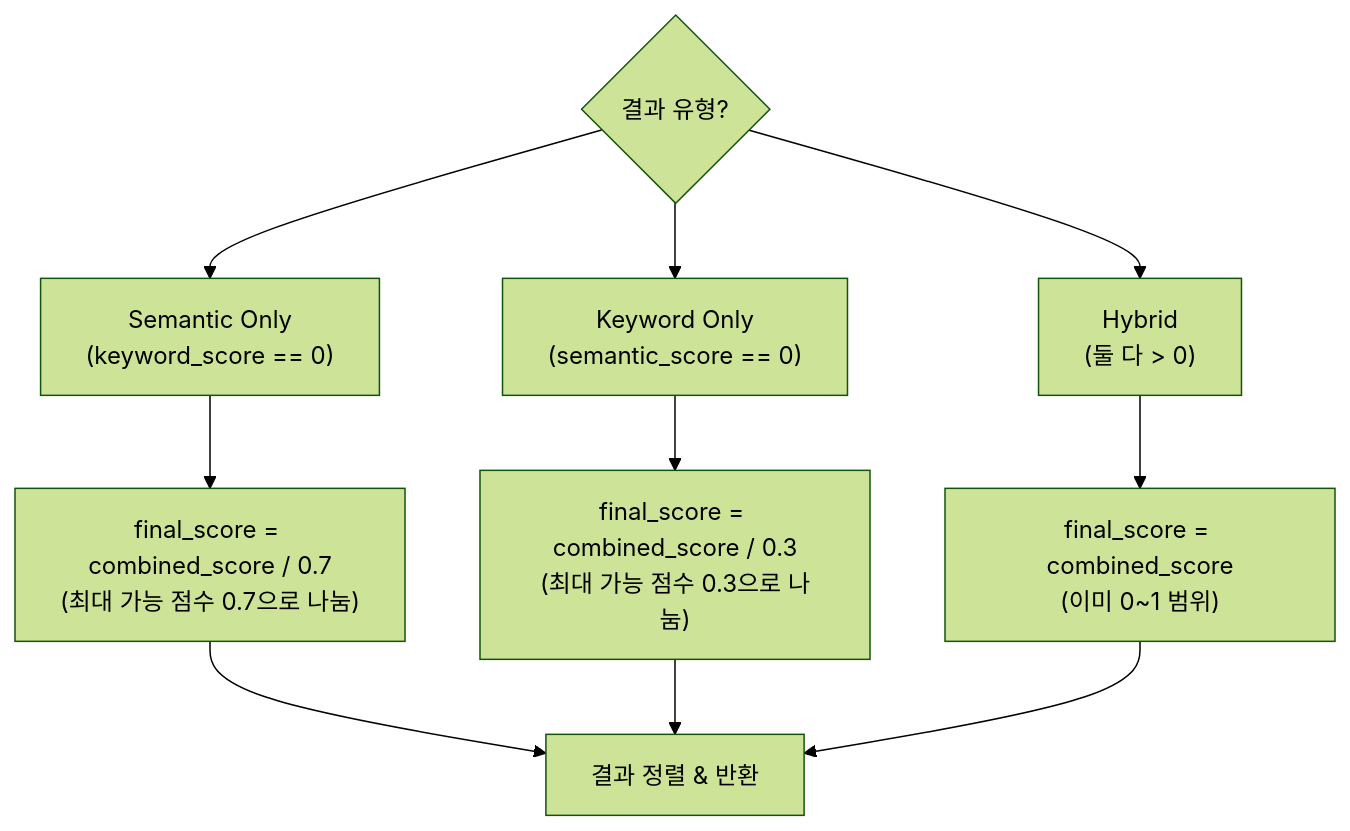
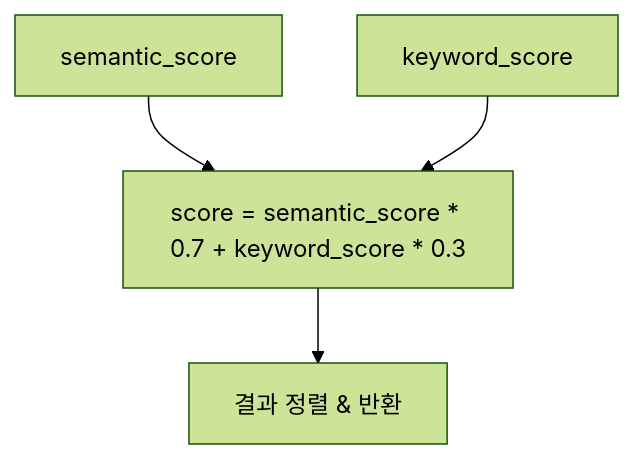
Before and after one commit to junghyunJJ/sgcp-rag: the fifth of 7 diagrams in docs/vector-search-pipeline.md, drawn with Mermaid (forest theme). The commit also changed other lines of this file and 15 other files, not shown here.

````diff
--- a/docs/vector-search-pipeline.md
+++ b/docs/vector-search-pipeline.md
@@ -274,14 +267,6 @@
 ```mermaid
 flowchart TD
-    A{"결과 유형?"} --> B["Semantic Only<br/>(keyword_score == 0)"]
-    A --> C["Keyword Only<br/>(semantic_score == 0)"]
-    A --> D["Hybrid<br/>(둘 다 > 0)"]
-
-    B --> E["final_score = combined_score / 0.7<br/>(최대 가능 점수 0.7으로 나눔)"]
-    C --> F["final_score = combined_score / 0.3<br/>(최대 가능 점수 0.3으로 나눔)"]
-    D --> G["final_score = combined_score<br/>(이미 0~1 범위)"]
-
-    E --> H["결과 정렬 & 반환"]
-    F --> H
-    G --> H
+    A["semantic_score"] --> C["score = semantic_score * 0.7 + keyword_score * 0.3"]
+    B["keyword_score"] --> C
+    C --> D["결과 정렬 & 반환"]
 ```
````
